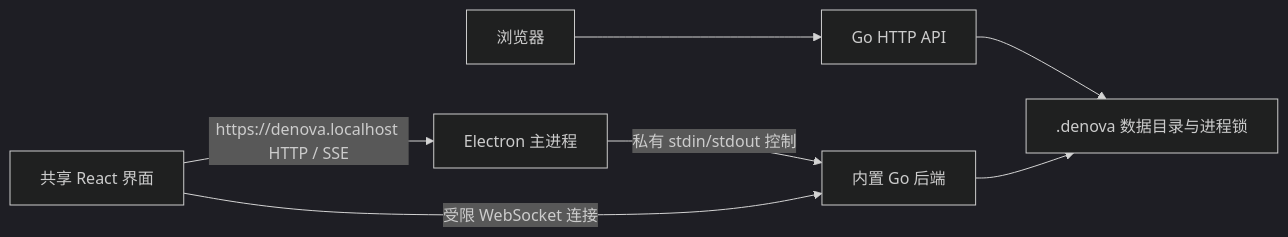
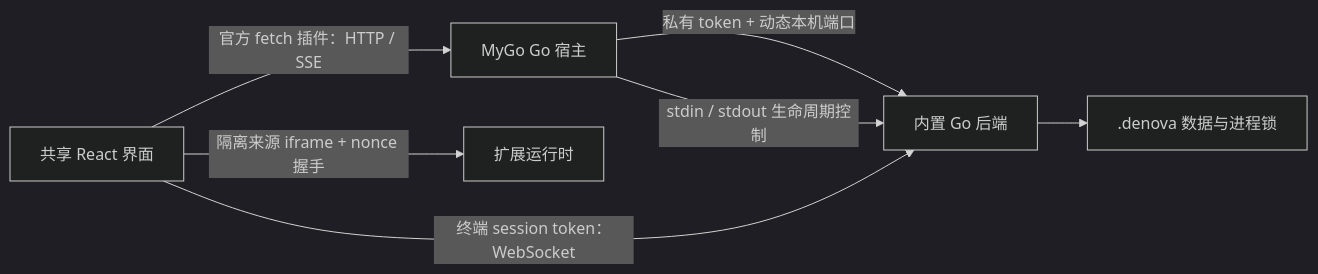
Before and after one commit to alfredxw/denova: the diagram in docs/desktop-distribution.md, drawn with Mermaid (dark theme). The commit also changed other lines of this file and 21 other files, not shown here.

````diff
--- a/docs/desktop-distribution.md
+++ b/docs/desktop-distribution.md
@@ -23,9 +23,9 @@
 ```mermaid
 flowchart LR
-  B[浏览器] --> H[Go HTTP API]
-  E[Electron 主进程] -->|私有 stdin/stdout 控制| D[内置 Go 后端]
-  R[共享 React 界面] -->|https://denova.localhost HTTP / SSE| E
-  R -->|受限 WebSocket 连接| D
-  H --> S[.denova 数据目录与进程锁]
-  D --> S
+  R[共享 React 界面] -->|官方 fetch 插件：HTTP / SSE| M[MyGo Go 宿主]
+  M -->|私有 token + 动态本机端口| D[内置 Go 后端]
+  M -->|stdin / stdout 生命周期控制| D
+  R -->|终端 session token：WebSocket| D
+  D --> S[.denova 数据与进程锁]
+  R -->|隔离来源 iframe + nonce 握手| P[扩展运行时]
 ```
````
